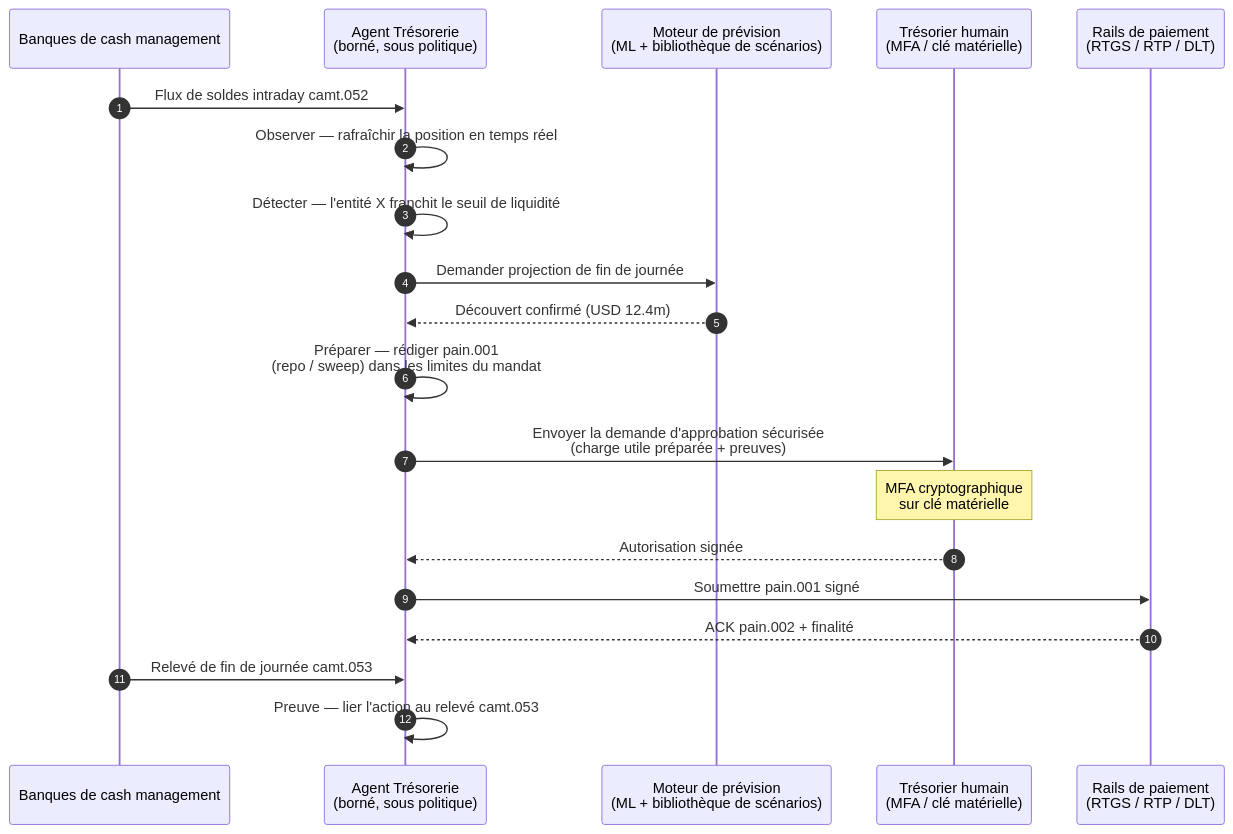
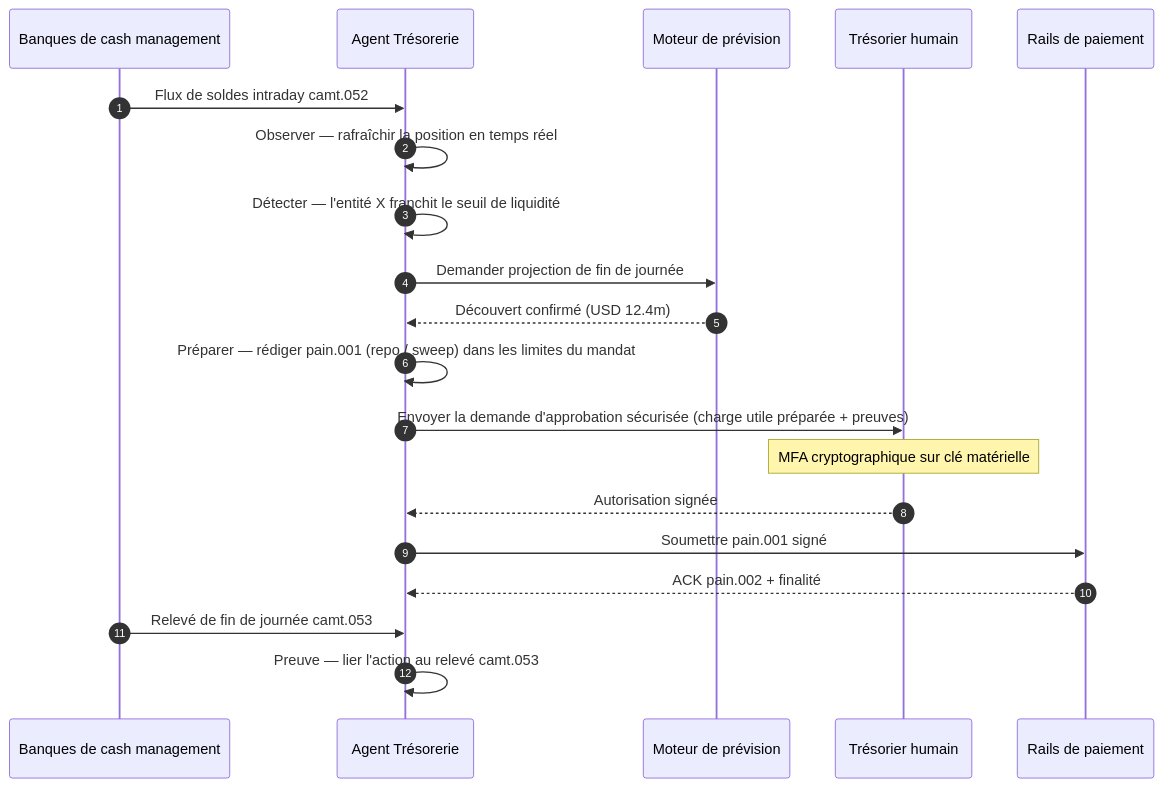
One commit to sebastienrousseau/sebastienrousseau.github.io changed the diagram in _posts/fr/2026-06-07-autonomous-treasury-index-programmable-liquidity-tokenised-deposits-2026.md. Above: the diagram before and after it, drawn with Mermaid. The commit also changed 2231 other files, not shown here.

First line of the commit message:
fix(mermaid): unblock Mermaid v10 rendering end-to-end (#198)

````diff
--- a/_posts/fr/2026-06-07-autonomous-treasury-index-programmable-liquidity-tokenised-deposits-2026.md
+++ b/_posts/fr/2026-06-07-autonomous-treasury-index-programmable-liquidity-tokenised-deposits-2026.md
@@ -152,23 +152,22 @@
 ```mermaid
 sequenceDiagram
     autonumber
     participant Banks as Banques de cash management
-    participant Agent as Agent Trésorerie<br/>(borné, sous politique)
-    participant Forecast as Moteur de prévision<br/>(ML + bibliothèque de scénarios)
-    participant Treasurer as Trésorier humain<br/>(MFA / clé matérielle)
-    participant Rails as Rails de paiement<br/>(RTGS / RTP / DLT)
-
+    participant Agent as Agent Trésorerie
+    participant Forecast as Moteur de prévision
+    participant Treasurer as Trésorier humain
+    participant Rails as Rails de paiement
     Banks->>Agent: Flux de soldes intraday camt.052
     Agent->>Agent: Observer — rafraîchir la position en temps réel
     Agent->>Agent: Détecter — l'entité X franchit le seuil de liquidité
     Agent->>Forecast: Demander projection de fin de journée
     Forecast-->>Agent: Découvert confirmé (USD 12.4m)
-    Agent->>Agent: Préparer — rédiger pain.001<br/>(repo / sweep) dans les limites du mandat
-    Agent->>Treasurer: Envoyer la demande d'approbation sécurisée<br/>(charge utile préparée + preuves)
-    Note over Treasurer: MFA cryptographique<br/>sur clé matérielle
+    Agent->>Agent: Préparer — rédiger pain.001 (repo / sweep) dans les limites du mandat
+    Agent->>Treasurer: Envoyer la demande d'approbation sécurisée (charge utile préparée + preuves)
+    Note over Treasurer: MFA cryptographique sur clé matérielle
     Treasurer-->>Agent: Autorisation signée
     Agent->>Rails: Soumettre pain.001 signé
     Rails-->>Agent: ACK pain.002 + finalité
     Banks->>Agent: Relevé de fin de journée camt.053
     Agent->>Agent: Preuve — lier l'action au relevé camt.053
 ```
````
